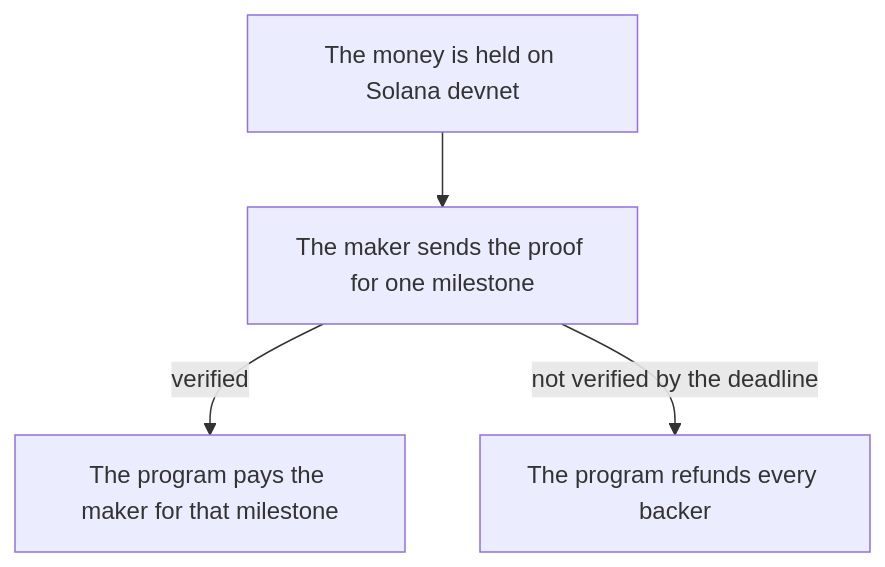
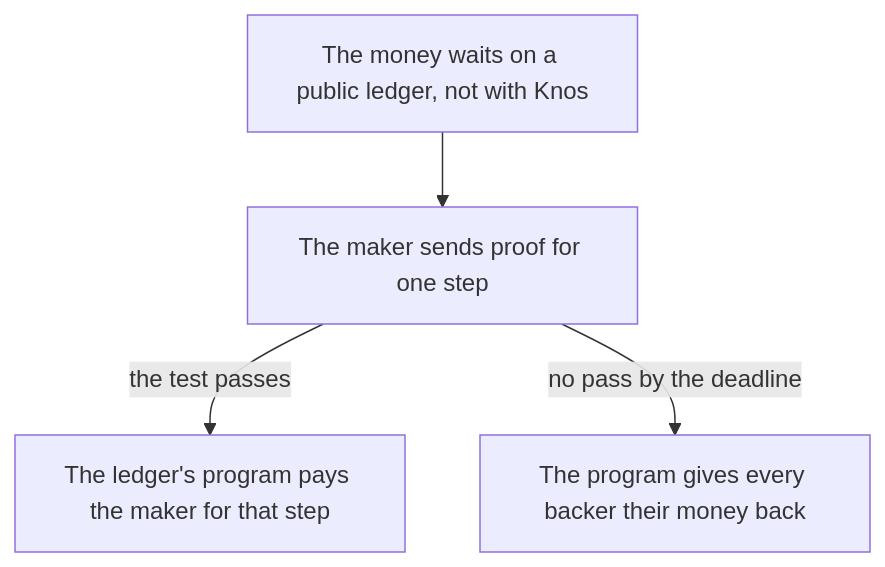
One commit to drexthealpha/Knos changed the second of 4 diagrams in docs/reference/DIAGRAMS.md. Above: the diagram before and after it, drawn with Mermaid. The commit also changed other lines of this file and 5 other files, not shown here.

Commit message:
README diagrams in plain words

````diff
--- a/docs/reference/DIAGRAMS.md
+++ b/docs/reference/DIAGRAMS.md
@@ -21,6 +21,6 @@
 ```mermaid
 flowchart TB
-    held["The money is held on Solana devnet"] --> proof["The maker sends the proof for one milestone"]
-    proof -->|verified| paid["The program pays the maker for that milestone"]
-    proof -->|not verified by the deadline| back["The program refunds every backer"]
+    held["The money waits on a public ledger, not with Knos"] --> proof["The maker sends proof for one step"]
+    proof -->|the test passes| paid["The ledger's program pays the maker for that step"]
+    proof -->|no pass by the deadline| back["The program gives every backer their money back"]
 ```
````
